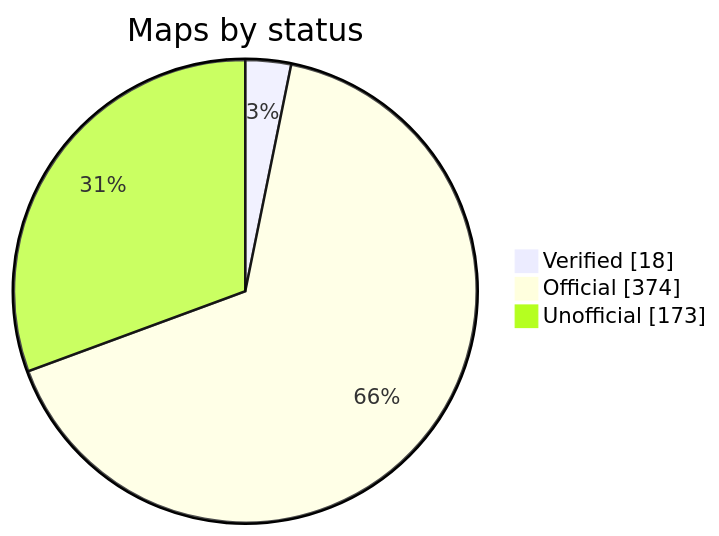
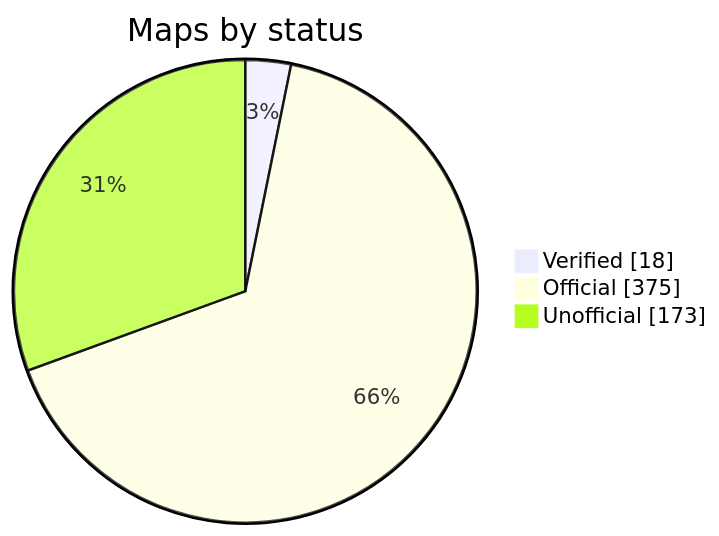
The diagram in README.md (nobrega8/mbmap-library), drawn with Mermaid before and after one commit. The commit also changed 6 other files, not shown here.

````diff
--- a/README.md
+++ b/README.md
@@ -52,7 +52,7 @@
 ```mermaid
 pie showData
     title Maps by status
     "Verified" : 18
-    "Official" : 374
+    "Official" : 375
     "Unofficial" : 173
 ```
````
